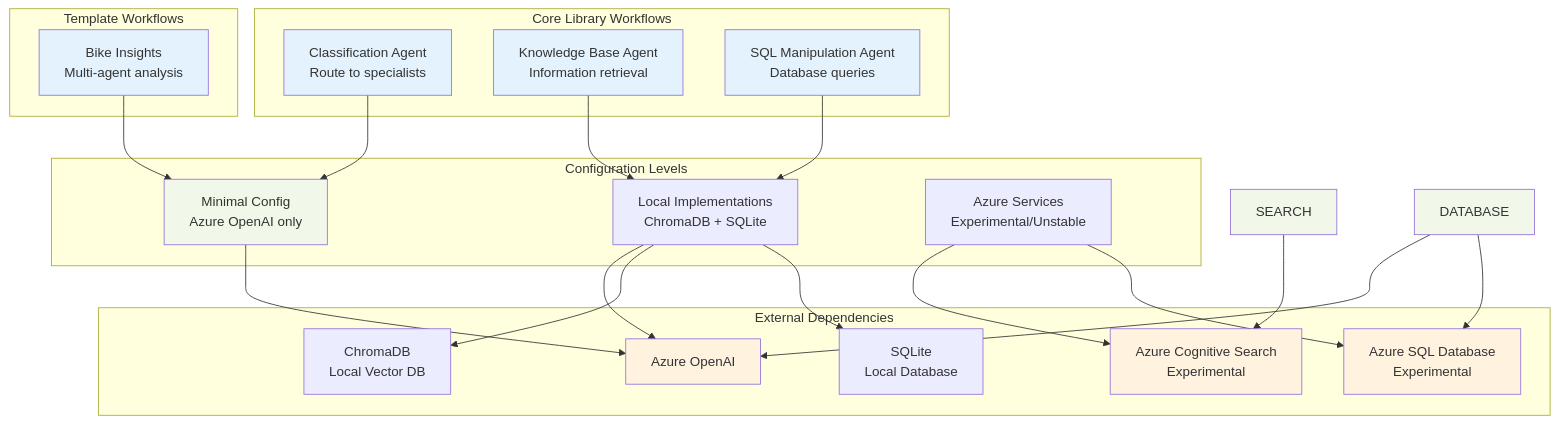
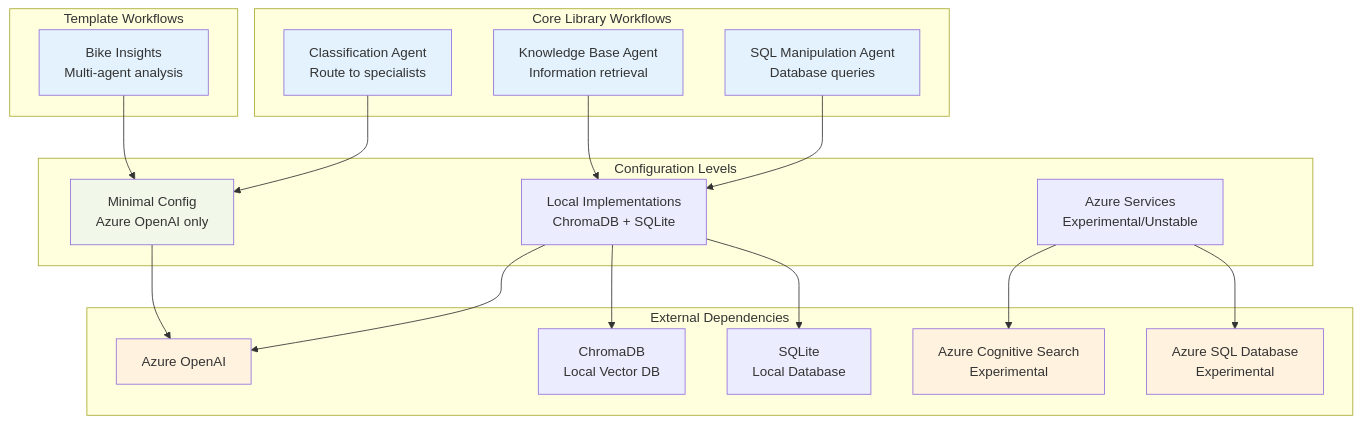
One commit to the-ingenious-dark-knight/Insight_Ingenious changed the first of 10 diagrams in docs/workflows/README.md. Above: the diagram before and after it, drawn with Mermaid. The commit also changed other lines of this file and 2 other files, not shown here.

````diff
--- a/docs/workflows/README.md
+++ b/docs/workflows/README.md
@@ -18,51 +18,48 @@
 ```mermaid
 graph TB
     subgraph "Core Library Workflows"
         CLASSIFICATION[Classification Agent<br/>Route to specialists]
         KNOWLEDGE[Knowledge Base Agent<br/>Information retrieval]
         SQL[SQL Manipulation Agent<br/>Database queries]
     end
 
     subgraph "Template Workflows"
         BIKE_INSIGHTS[Bike Insights<br/>Multi-agent analysis]
     end
 
     subgraph "Configuration Levels"
         MINIMAL[Minimal Config<br/>Azure OpenAI only]
         LOCAL_IMPL[Local Implementations<br/>ChromaDB + SQLite]
         AZURE_EXPERIMENTAL[Azure Services<br/>Experimental/Unstable]
     end
 
     subgraph "External Dependencies"
         AZURE_OPENAI[Azure OpenAI]
         CHROMADB[ChromaDB<br/>Local Vector DB]
         SQLITE[SQLite<br/>Local Database]
         AZURE_SEARCH[Azure Cognitive Search<br/>Experimental]
         AZURE_SQL[Azure SQL Database<br/>Experimental]
     end
 
     CLASSIFICATION --> MINIMAL
     BIKE_INSIGHTS --> MINIMAL
 
     KNOWLEDGE --> LOCAL_IMPL
     SQL --> LOCAL_IMPL
 
     MINIMAL --> AZURE_OPENAI
     LOCAL_IMPL --> AZURE_OPENAI
     LOCAL_IMPL --> CHROMADB
     LOCAL_IMPL --> SQLITE
 
     AZURE_EXPERIMENTAL --> AZURE_SEARCH
     AZURE_EXPERIMENTAL --> AZURE_SQL
-    SEARCH --> AZURE_SEARCH
-    DATABASE --> AZURE_OPENAI
-    DATABASE --> AZURE_SQL
 
     classDef workflow fill:#e3f2fd
     classDef config fill:#f1f8e9
     classDef external fill:#fff3e0
 
     class CLASSIFICATION,KNOWLEDGE,SQL,BIKE_INSIGHTS workflow
     class MINIMAL,SEARCH,DATABASE config
     class AZURE_OPENAI,AZURE_SEARCH,AZURE_SQL external
 ```
````
